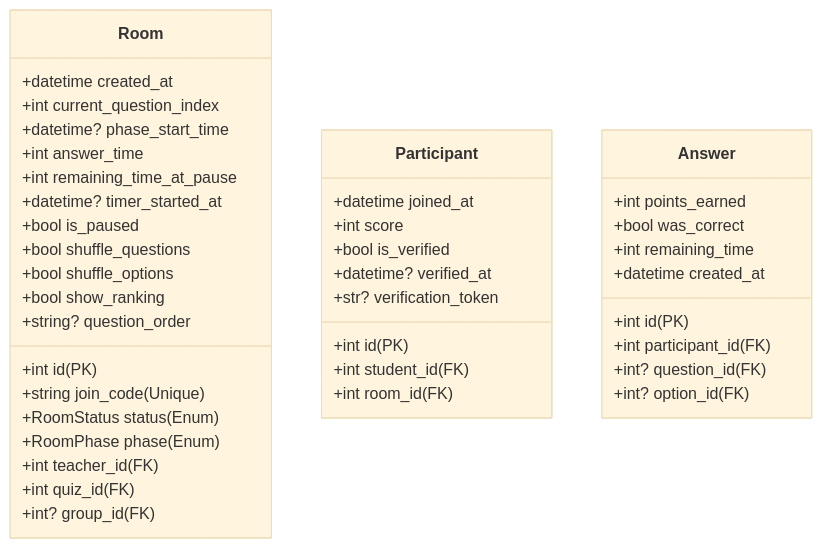
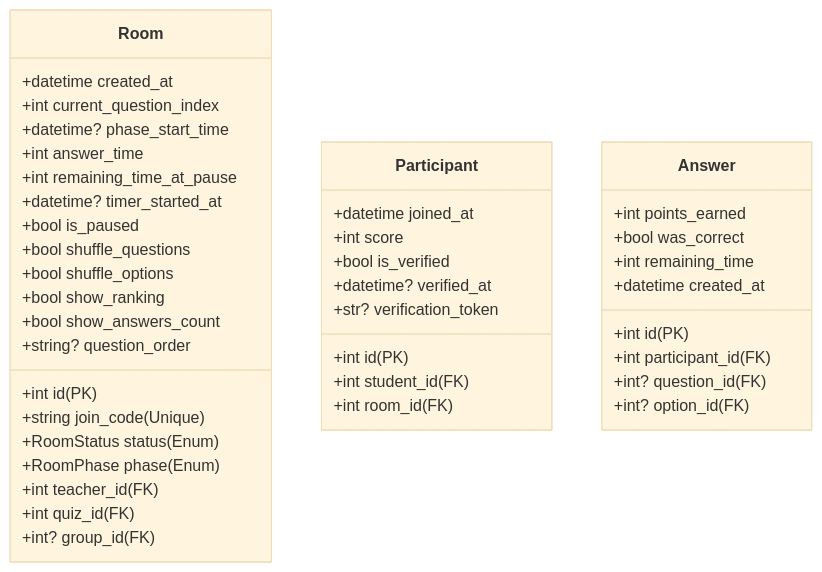
One commit to frangago71/quizzie-TFG changed the third of 4 diagrams in docs/modelo_de_datos.md. Above: the diagram before and after it, drawn with Mermaid (base theme). The commit also changed other lines of this file and 5 other files, not shown here.

Commit message:
feat: show answers count in rooms

````diff
--- a/docs/modelo_de_datos.md
+++ b/docs/modelo_de_datos.md
@@ -116,46 +117,47 @@
 ```mermaid
 classDiagram
     direction TB
     class Room {
             +int id (PK)
             +string join_code (Unique)
             +RoomStatus status (Enum)
             +datetime created_at
             +int current_question_index
             +RoomPhase phase (Enum)
             +datetime? phase_start_time
             +int answer_time
             +int remaining_time_at_pause
             +datetime? timer_started_at
             +bool is_paused
             +bool shuffle_questions
             +bool shuffle_options
             +bool show_ranking
+            +bool show_answers_count
             +string? question_order
             +int teacher_id (FK)
             +int quiz_id (FK)
             +int? group_id (FK)
         }
 
     class Participant {
         +int id (PK)
         +datetime joined_at
         +int score
         +bool is_verified
         +datetime? verified_at
         +str? verification_token
         +int student_id (FK)
         +int room_id (FK)
     }
 
     class Answer {
         +int id (PK)
         +int points_earned
         +bool was_correct
         +int remaining_time
         +datetime created_at
         +int participant_id (FK)
         +int? question_id (FK)
         +int? option_id (FK)
     }
 ```
````
